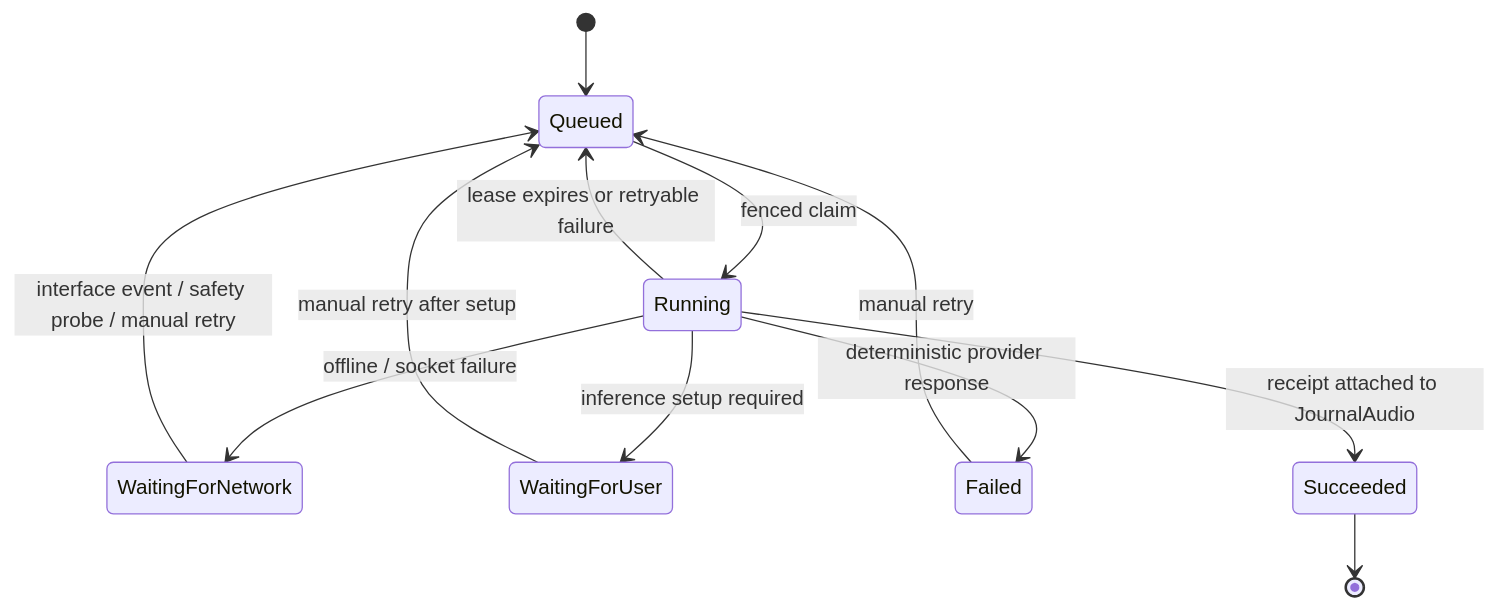
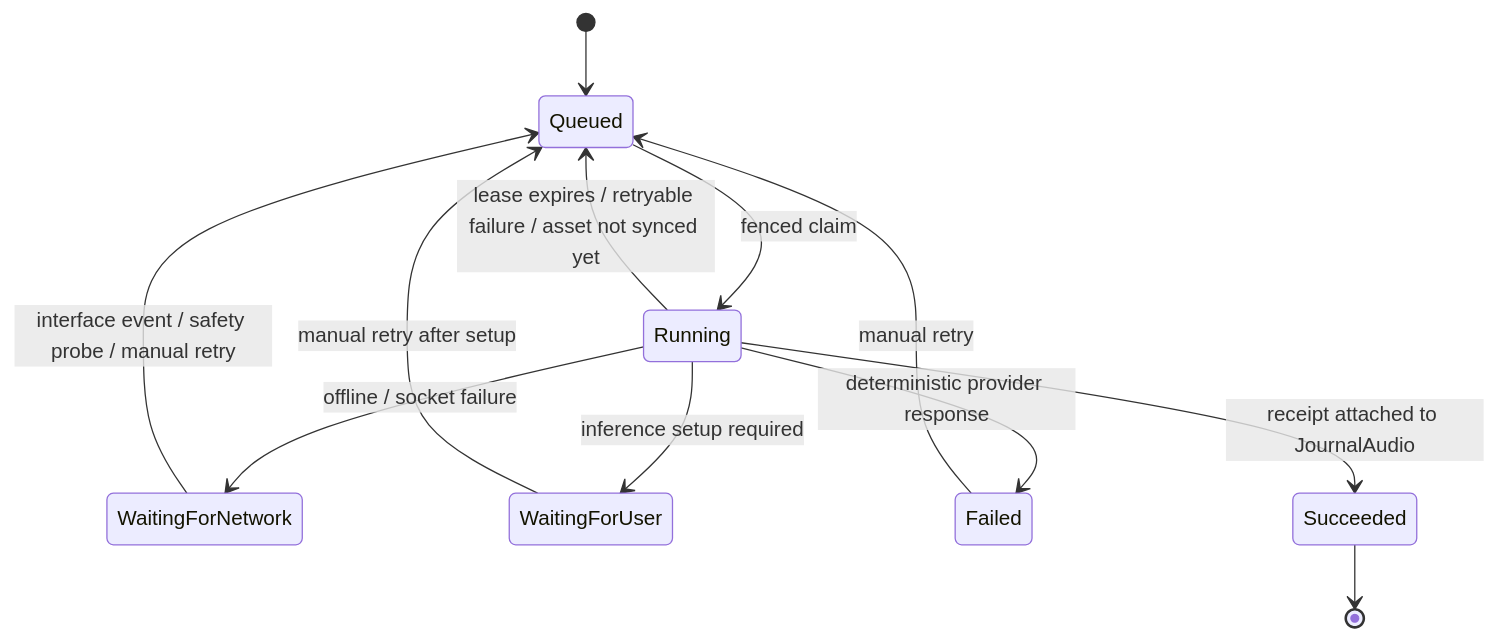
One commit to matthiasn/lotti changed the sixth of 10 diagrams in lib/features/daily_os_next/README.md. Above: the diagram before and after it, drawn with Mermaid. The commit also changed other lines of this file and 36 other files, not shown here.

````diff
--- a/lib/features/daily_os_next/README.md
+++ b/lib/features/daily_os_next/README.md
@@ -453,14 +453,14 @@
   ```mermaid
   stateDiagram-v2
     [*] --> Queued
     Queued --> Running: fenced claim
     Running --> WaitingForNetwork: offline / socket failure
     WaitingForNetwork --> Queued: interface event / safety probe / manual retry
     Running --> WaitingForUser: inference setup required
     WaitingForUser --> Queued: manual retry after setup
     Running --> Failed: deterministic provider response
     Failed --> Queued: manual retry
     Running --> Succeeded: receipt attached to JournalAudio
-    Running --> Queued: lease expires or retryable failure
+    Running --> Queued: lease expires / retryable failure / asset not synced yet
     Succeeded --> [*]
   ```
````
